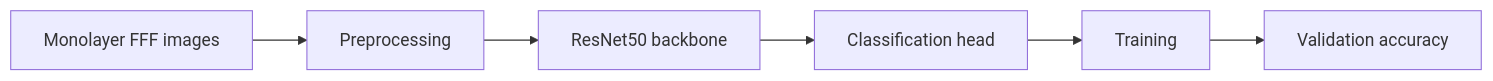
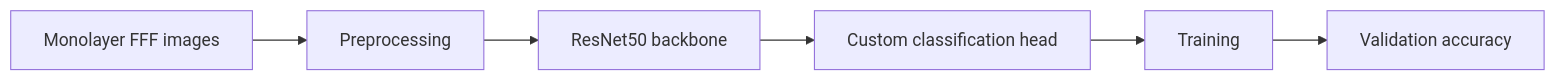
The diagram in README.md (prasannanjaneyreddychalla/monolayerfff-resnet50), drawn with Mermaid before and after one commit. The commit also changed other lines of this file and 1 other file, not shown here.

Commit message:
Add results graph asset and improve README

````diff
--- a/README.md
+++ b/README.md
@@ -26,8 +38,8 @@
 ```mermaid
 flowchart LR
     A[Monolayer FFF images] --> B[Preprocessing]
     B --> C[ResNet50 backbone]
-    C --> D[Classification head]
+    C --> D[Custom classification head]
     D --> E[Training]
     E --> F[Validation accuracy]
 ```
````
